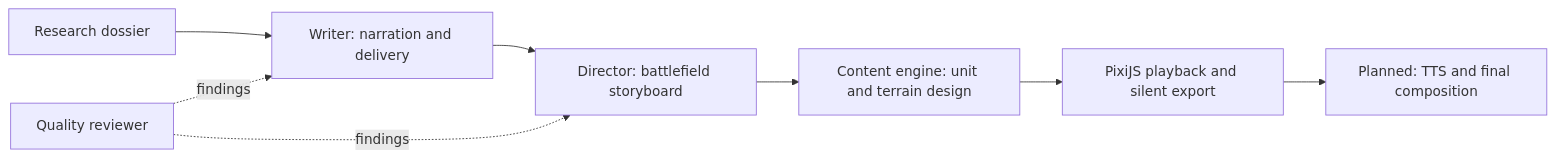
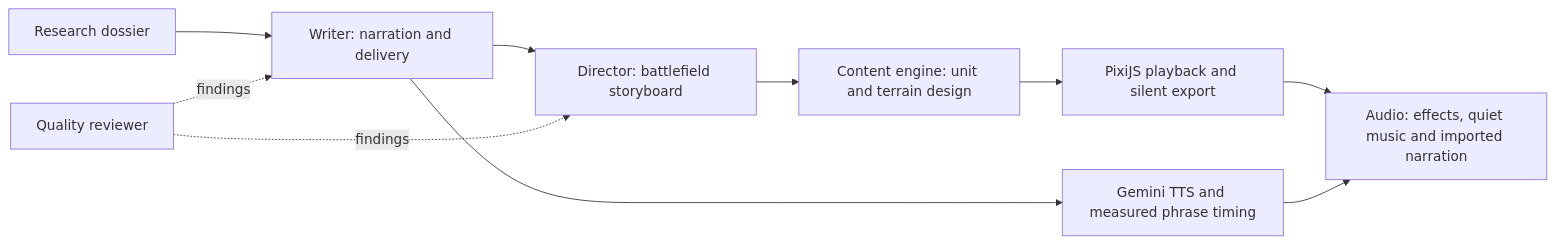
One commit to ammar-adel222/Content-Machine changed the diagram in docs/PIPELINE_ARCHITECTURE.md. Above: the diagram before and after it, drawn with Mermaid. The commit also changed other lines of this file and 51 other files, not shown here.

Commit message:
Add editable music, durable agent workflows and measured Gemini narration

````diff
--- a/docs/PIPELINE_ARCHITECTURE.md
+++ b/docs/PIPELINE_ARCHITECTURE.md
@@ -5,10 +15,12 @@
 ```mermaid
 flowchart LR
     R[Research dossier] --> W[Writer: narration and delivery]
     W --> D[Director: battlefield storyboard]
     D --> V[Content engine: unit and terrain design]
     V --> P[PixiJS playback and silent export]
-    P --> A[Planned: TTS and final composition]
+    P --> A[Audio: effects, quiet music and imported narration]
+    W --> T[Gemini TTS and measured phrase timing]
+    T --> A
     Q[Quality reviewer] -. findings .-> W
     Q -. findings .-> D
 ```
````
